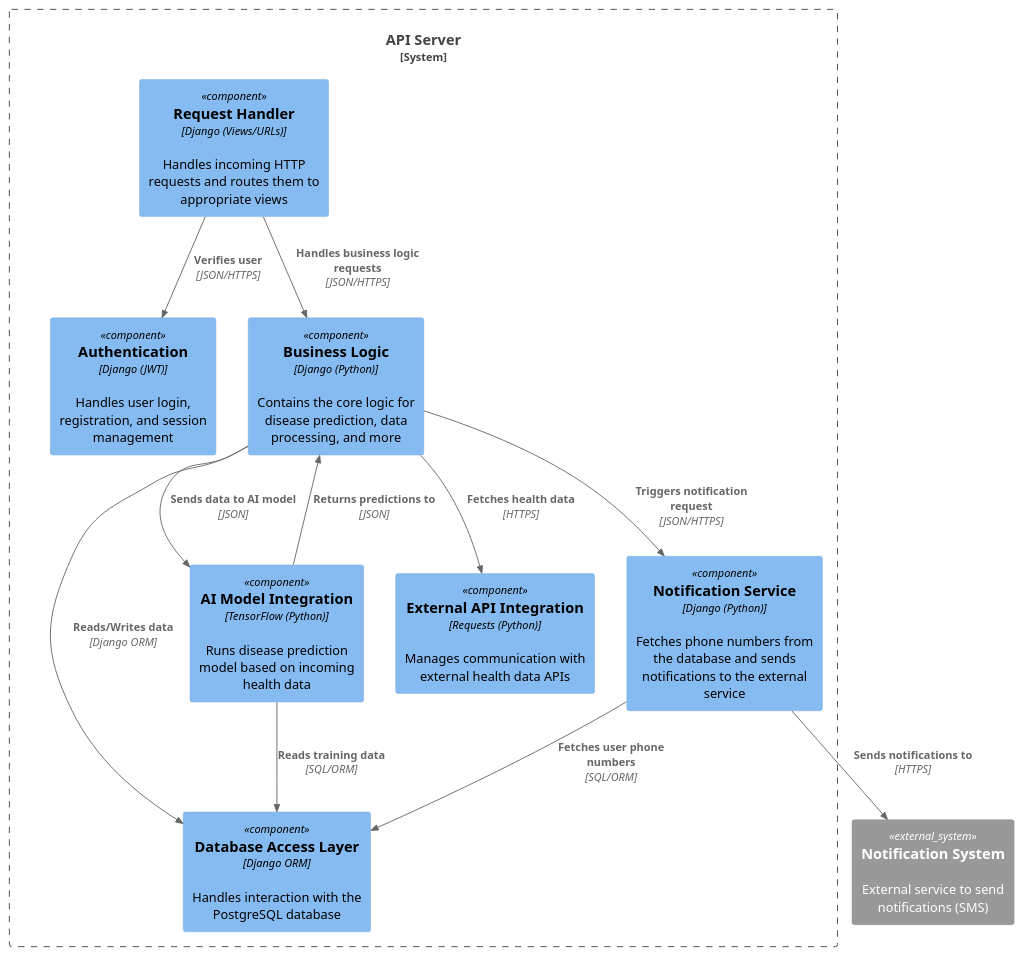
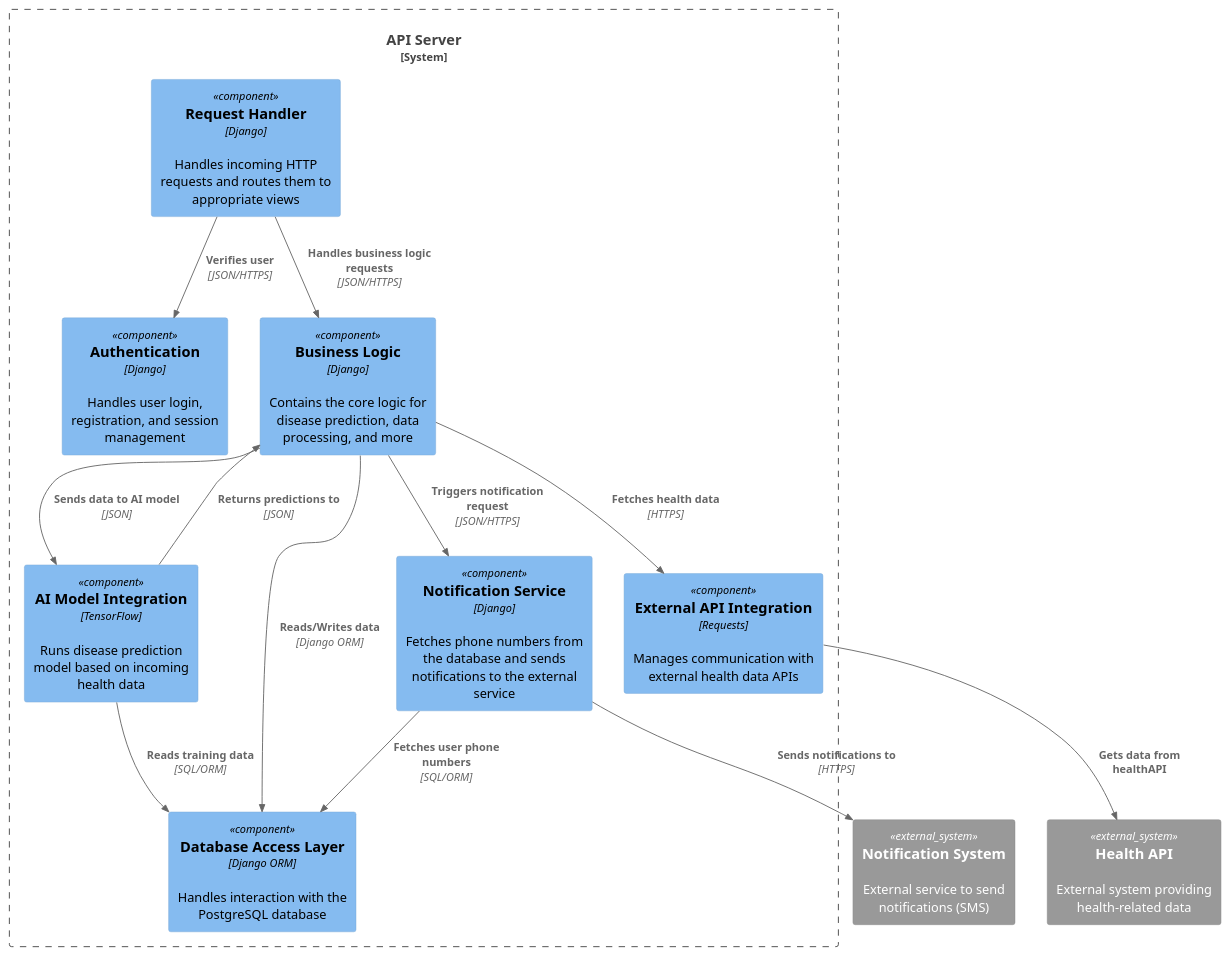
Before and after one commit to igor-sosnowicz/medical_systems: the diagram in ApiServerComponent.puml, drawn with PlantUML. The commit also changed 3 other files, not shown here.

Commit message:
Small fixes in UMLs, removed DataBaseCOmponent

```diff
--- a/ApiServerComponent.puml
+++ b/ApiServerComponent.puml
@@ -1,27 +1,29 @@
 @startuml
 !includeurl https://raw.githubusercontent.com/plantuml-stdlib/C4-PlantUML/master/C4_Component.puml
 
 System_Boundary(apiServer, "API Server") {
-    Component(requestHandler, "Request Handler", "Django (Views/URLs)", "Handles incoming HTTP requests and routes them to appropriate views")
-    Component(authentication, "Authentication", "Django (JWT)", "Handles user login, registration, and session management")
-    Component(businessLogic, "Business Logic", "Django (Python)", "Contains the core logic for disease prediction, data processing, and more")
-    Component(aiModel, "AI Model Integration", "TensorFlow (Python)", "Runs disease prediction model based on incoming health data")
+    Component(requestHandler, "Request Handler", "Django", "Handles incoming HTTP requests and routes them to appropriate views")
+    Component(authentication, "Authentication", "Django", "Handles user login, registration, and session management")
+    Component(businessLogic, "Business Logic", "Django", "Contains the core logic for disease prediction, data processing, and more")
+    Component(aiModel, "AI Model Integration", "TensorFlow", "Runs disease prediction model based on incoming health data")
     Component(dbAccessLayer, "Database Access Layer", "Django ORM", "Handles interaction with the PostgreSQL database")
-    Component(externalAPI, "External API Integration", "Requests (Python)", "Manages communication with external health data APIs")
-    Component(notificationService, "Notification Service", "Django (Python)", "Fetches phone numbers from the database and sends notifications to the external service")
+    Component(externalAPI, "External API Integration", "Requests", "Manages communication with external health data APIs")
+    Component(notificationService, "Notification Service", "Django", "Fetches phone numbers from the database and sends notifications to the external service")
 }
 
 System_Ext(notificationSystem, "Notification System", "External service to send notifications (SMS)")
+System_Ext(healthAPI, "Health API", "External system providing health-related data")
 
 Rel(requestHandler, authentication, "Verifies user", "JSON/HTTPS")
 Rel(requestHandler, businessLogic, "Handles business logic requests", "JSON/HTTPS")
 Rel(businessLogic, aiModel, "Sends data to AI model", "JSON")
 Rel(businessLogic, dbAccessLayer, "Reads/Writes data", "Django ORM")
 Rel(businessLogic, externalAPI, "Fetches health data", "HTTPS")
 Rel(aiModel, dbAccessLayer, "Reads training data", "SQL/ORM")
 Rel(aiModel, businessLogic, "Returns predictions to", "JSON")
 Rel(businessLogic, notificationService, "Triggers notification request", "JSON/HTTPS")
 Rel(notificationService, dbAccessLayer, "Fetches user phone numbers", "SQL/ORM")
 Rel(notificationService, notificationSystem, "Sends notifications to", "HTTPS")
+Rel(externalAPI, healthAPI, "Gets data from healthAPI")
 
 @enduml
```
